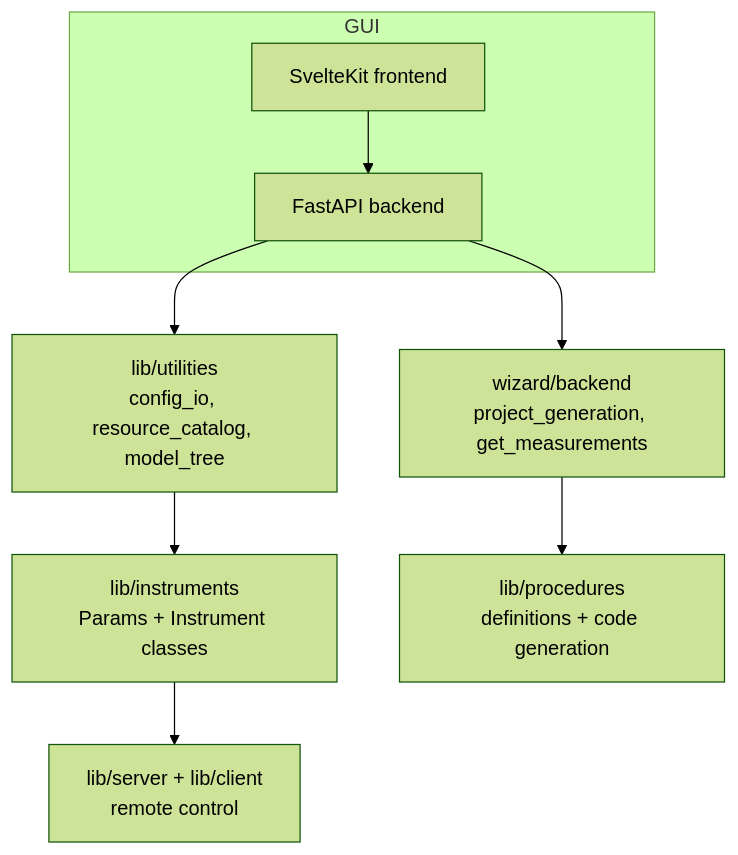
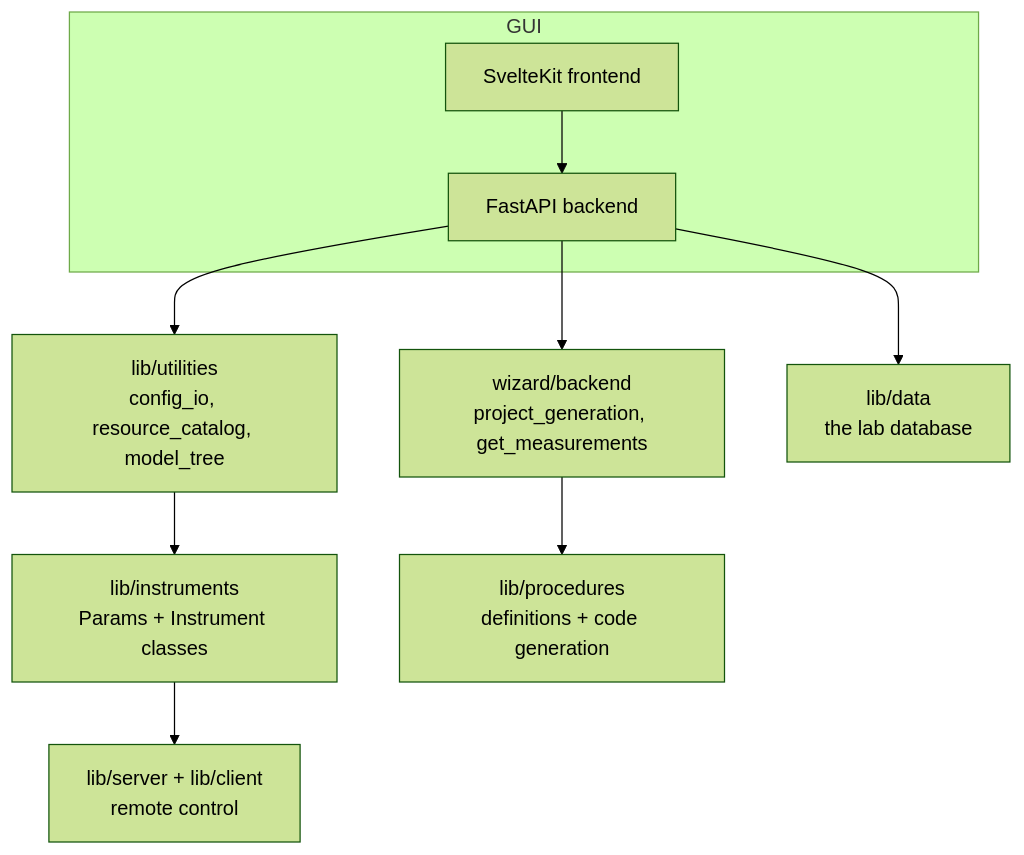
Before and after one commit to sansseriff/lab-wizard: the first of 2 diagrams in docs/concepts/architecture.md, drawn with Mermaid (forest theme). The commit also changed other lines of this file and 135 other files, not shown here.

````diff
--- a/docs/concepts/architecture.md
+++ b/docs/concepts/architecture.md
@@ -33,11 +34,12 @@
 ```mermaid
 graph TD
     subgraph GUI
         FE[SvelteKit frontend] --> BE[FastAPI backend]
     end
     BE --> UTIL[lib/utilities<br/>config_io, resource_catalog, model_tree]
     UTIL --> INST[lib/instruments<br/>Params + Instrument classes]
     BE --> GEN[wizard/backend<br/>project_generation, get_measurements]
     GEN --> MEAS[lib/procedures<br/>definitions + code generation]
     INST --> SRV[lib/server + lib/client<br/>remote control]
+    BE --> DATA[lib/data<br/>the lab database]
 ```
````
